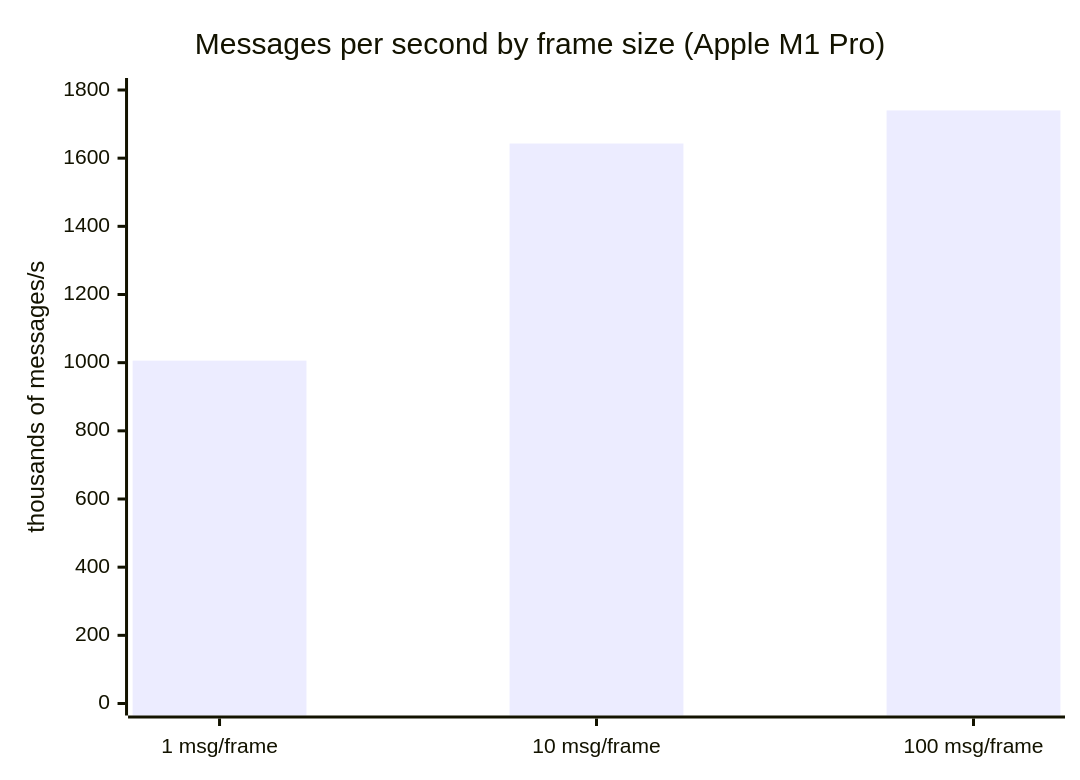
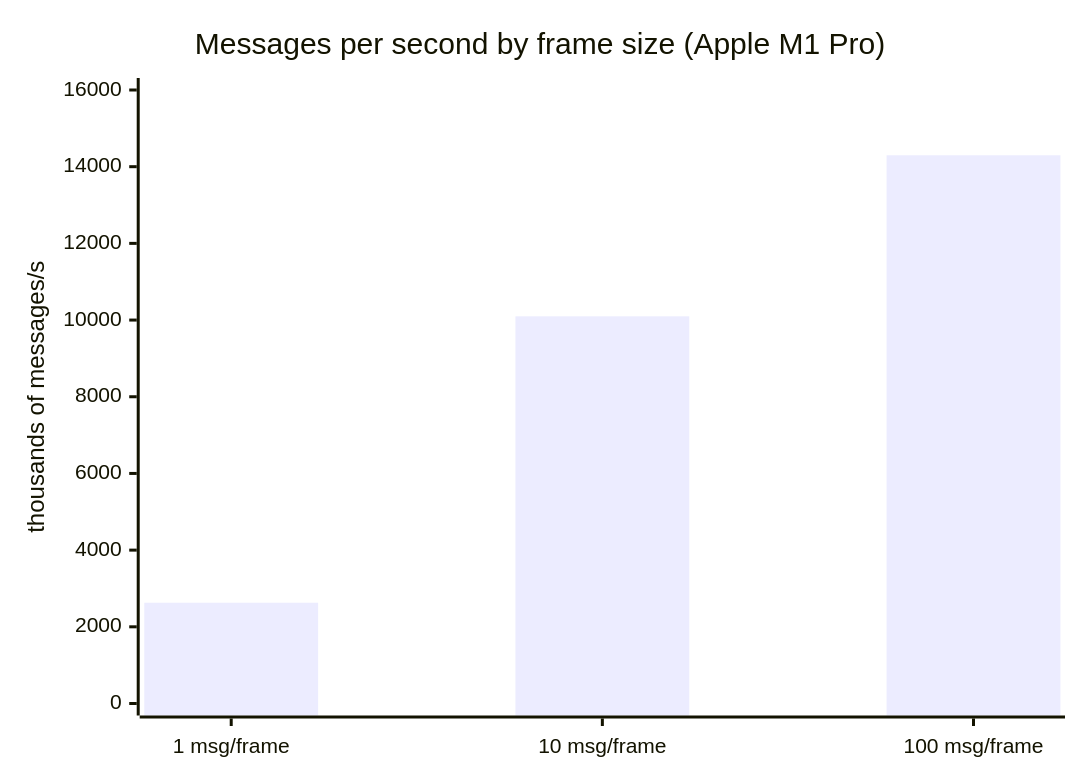
Before and after one commit to cjlawson02/ntcore-ts: the diagram in packages/client/README.md, drawn with Mermaid. The commit also changed other lines of this file and 2 other files, not shown here.

First line of the commit message:
docs: refresh client performance charts after socket hot-path speedup

````diff
--- a/packages/client/README.md
+++ b/packages/client/README.md
@@ -25,7 +25,7 @@
 ```mermaid
 xychart-beta
     title "Messages per second by frame size (Apple M1 Pro)"
     x-axis ["1 msg/frame", "10 msg/frame", "100 msg/frame"]
-    y-axis "thousands of messages/s" 0 --> 1800
-    bar [1006, 1643, 1740]
+    y-axis "thousands of messages/s" 0 --> 16000
+    bar [2628, 10097, 14297]
 ```
````
